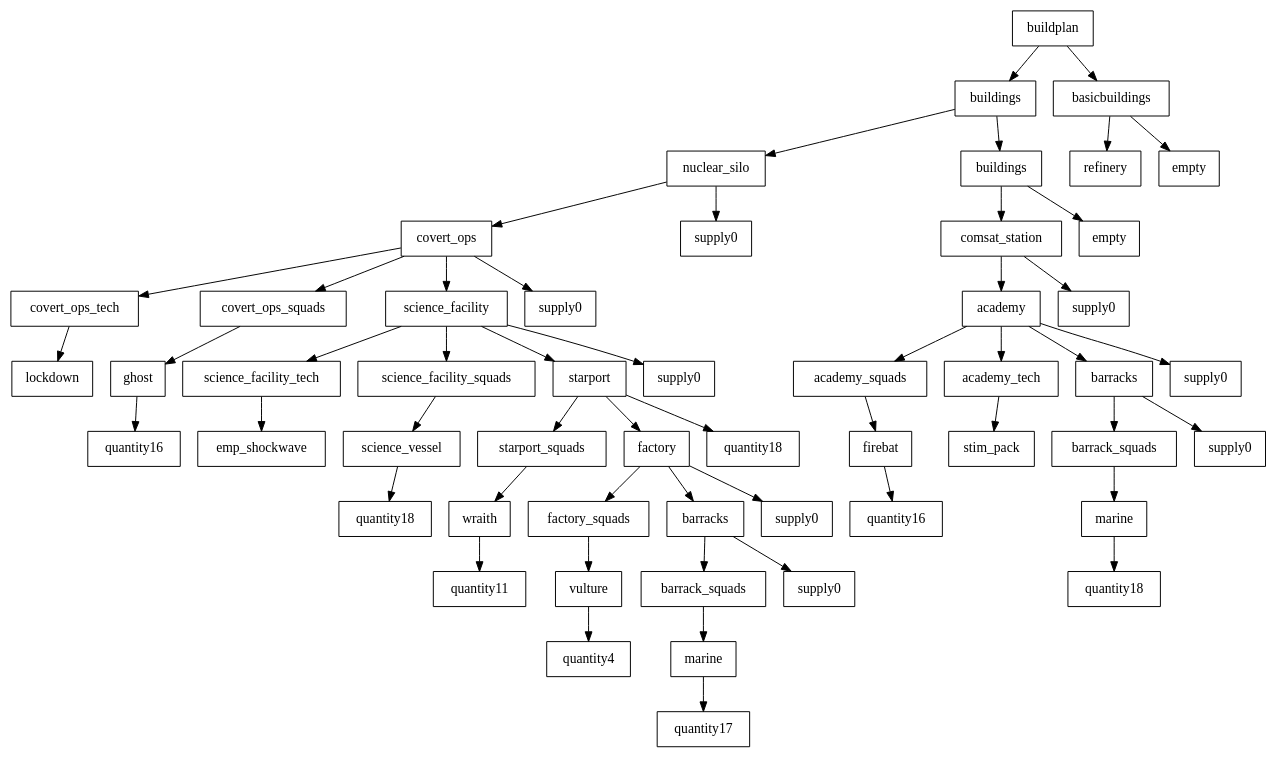
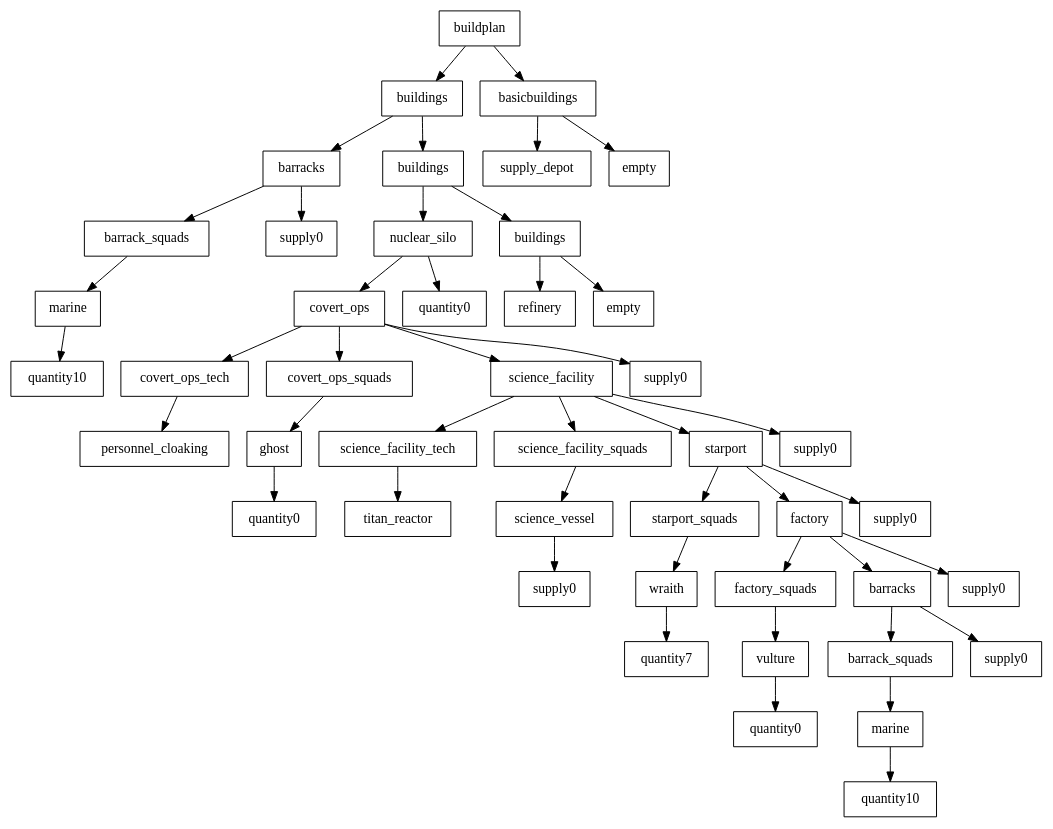
One commit to cryogenic-dreams/StarCraft-GPBot changed the diagram in GPBot/file.dot. Above: the diagram before and after it, drawn with Graphviz. The commit also changed 3 other files, not shown here.

```diff
--- a/GPBot/file.dot
+++ b/GPBot/file.dot
@@ -1,107 +1,93 @@
 digraph g {
 graph [ordering=out];
 node [shape=rectangle];
 n[label = "buildplan"];
 n0[label = "buildings"];
-n00[label = "nuclear_silo"];
-n000[label = "covert_ops"];
-n0000[label = "covert_ops_tech"];
-n00000[label = "lockdown"];
+n00[label = "barracks"];
+n000[label = "barrack_squads"];
+n0000[label = "marine"];
+n00000[label = "quantity10"];
 n0000 -> n00000;
 n000 -> n0000;
-n0001[label = "covert_ops_squads"];
-n00010[label = "ghost"];
-n000100[label = "quantity16"];
-n00010 -> n000100;
-n0001 -> n00010;
-n000 -> n0001;
-n0002[label = "science_facility"];
-n00020[label = "science_facility_tech"];
-n000200[label = "emp_shockwave"];
-n00020 -> n000200;
-n0002 -> n00020;
-n00021[label = "science_facility_squads"];
-n000210[label = "science_vessel"];
-n0002100[label = "quantity18"];
-n000210 -> n0002100;
-n00021 -> n000210;
-n0002 -> n00021;
-n00022[label = "starport"];
-n000220[label = "starport_squads"];
-n0002200[label = "wraith"];
-n00022000[label = "quantity11"];
-n0002200 -> n00022000;
-n000220 -> n0002200;
-n00022 -> n000220;
-n000221[label = "factory"];
-n0002210[label = "factory_squads"];
-n00022100[label = "vulture"];
-n000221000[label = "quantity4"];
-n00022100 -> n000221000;
-n0002210 -> n00022100;
-n000221 -> n0002210;
-n0002211[label = "barracks"];
-n00022110[label = "barrack_squads"];
-n000221100[label = "marine"];
-n0002211000[label = "quantity17"];
-n000221100 -> n0002211000;
-n00022110 -> n000221100;
-n0002211 -> n00022110;
-n00022111[label = "supply0"];
-n0002211 -> n00022111;
-n000221 -> n0002211;
-n0002212[label = "supply0"];
-n000221 -> n0002212;
-n00022 -> n000221;
-n000222[label = "quantity18"];
-n00022 -> n000222;
-n0002 -> n00022;
-n00023[label = "supply0"];
-n0002 -> n00023;
-n000 -> n0002;
-n0003[label = "supply0"];
-n000 -> n0003;
 n00 -> n000;
 n001[label = "supply0"];
 n00 -> n001;
 n0 -> n00;
 n01[label = "buildings"];
-n010[label = "comsat_station"];
-n0100[label = "academy"];
-n01000[label = "academy_squads"];
-n010000[label = "firebat"];
-n0100000[label = "quantity16"];
-n010000 -> n0100000;
+n010[label = "nuclear_silo"];
+n0100[label = "covert_ops"];
+n01000[label = "covert_ops_tech"];
+n010000[label = "personnel_cloaking"];
 n01000 -> n010000;
 n0100 -> n01000;
-n01001[label = "academy_tech"];
-n010010[label = "stim_pack"];
+n01001[label = "covert_ops_squads"];
+n010010[label = "ghost"];
+n0100100[label = "quantity0"];
+n010010 -> n0100100;
 n01001 -> n010010;
 n0100 -> n01001;
-n01002[label = "barracks"];
-n010020[label = "barrack_squads"];
-n0100200[label = "marine"];
-n01002000[label = "quantity18"];
-n0100200 -> n01002000;
+n01002[label = "science_facility"];
+n010020[label = "science_facility_tech"];
+n0100200[label = "titan_reactor"];
 n010020 -> n0100200;
 n01002 -> n010020;
-n010021[label = "supply0"];
+n010021[label = "science_facility_squads"];
+n0100210[label = "science_vessel"];
+n01002100[label = "supply0"];
+n0100210 -> n01002100;
+n010021 -> n0100210;
 n01002 -> n010021;
+n010022[label = "starport"];
+n0100220[label = "starport_squads"];
+n01002200[label = "wraith"];
+n010022000[label = "quantity7"];
+n01002200 -> n010022000;
+n0100220 -> n01002200;
+n010022 -> n0100220;
+n0100221[label = "factory"];
+n01002210[label = "factory_squads"];
+n010022100[label = "vulture"];
+n0100221000[label = "quantity0"];
+n010022100 -> n0100221000;
+n01002210 -> n010022100;
+n0100221 -> n01002210;
+n01002211[label = "barracks"];
+n010022110[label = "barrack_squads"];
+n0100221100[label = "marine"];
+n01002211000[label = "quantity10"];
+n0100221100 -> n01002211000;
+n010022110 -> n0100221100;
+n01002211 -> n010022110;
+n010022111[label = "supply0"];
+n01002211 -> n010022111;
+n0100221 -> n01002211;
+n01002212[label = "supply0"];
+n0100221 -> n01002212;
+n010022 -> n0100221;
+n0100222[label = "supply0"];
+n010022 -> n0100222;
+n01002 -> n010022;
+n010023[label = "supply0"];
+n01002 -> n010023;
 n0100 -> n01002;
 n01003[label = "supply0"];
 n0100 -> n01003;
 n010 -> n0100;
-n0101[label = "supply0"];
+n0101[label = "quantity0"];
 n010 -> n0101;
 n01 -> n010;
-n011[label = "empty"];
+n011[label = "buildings"];
+n0110[label = "refinery"];
+n011 -> n0110;
+n0111[label = "empty"];
+n011 -> n0111;
 n01 -> n011;
 n0 -> n01;
 n -> n0;
 n1[label = "basicbuildings"];
-n10[label = "refinery"];
+n10[label = "supply_depot"];
 n1 -> n10;
 n11[label = "empty"];
 n1 -> n11;
 n -> n1;
 }
```
